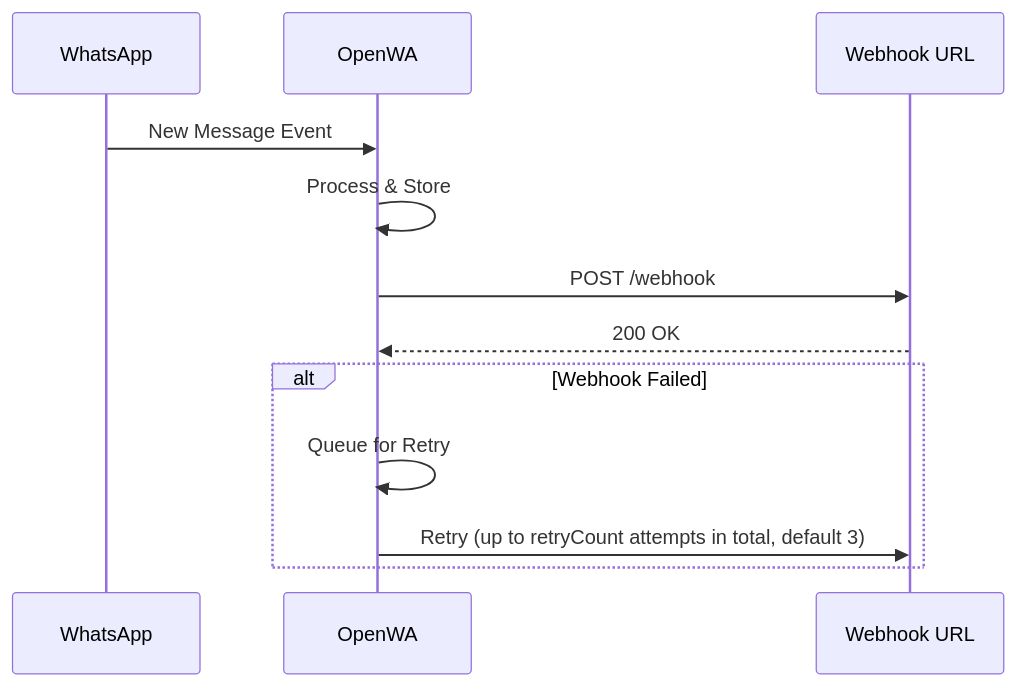
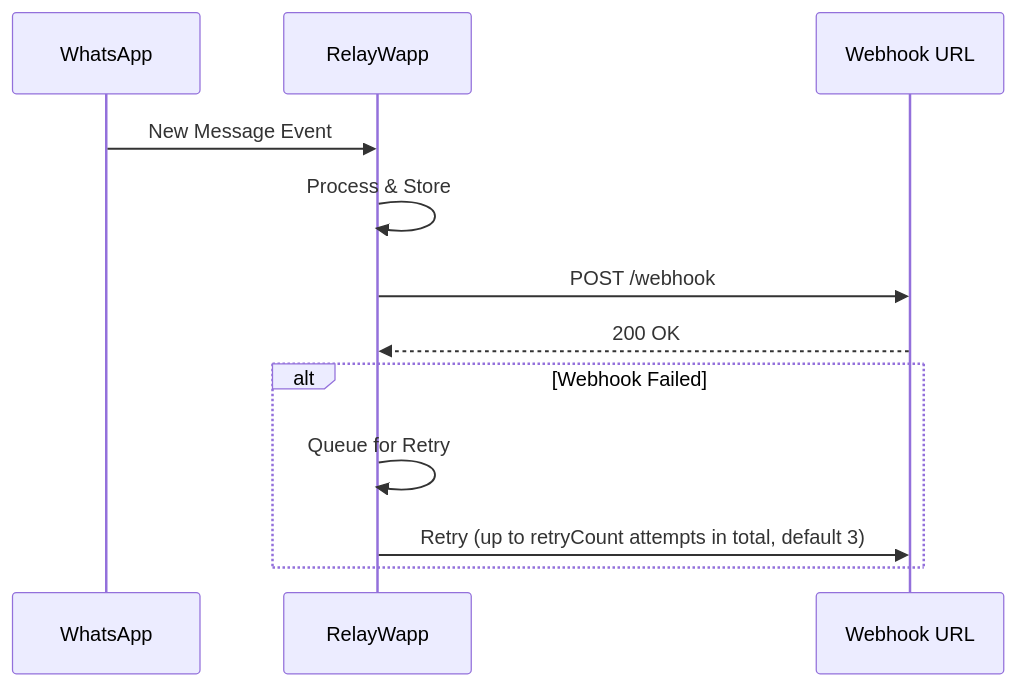
Before and after one commit to FaisalKabirGalib/whitelabel-whatsapp-gateway: the third of 13 diagrams in docs/02-requirements-specification.md, drawn with Mermaid. The commit also changed other lines of this file and 51 other files, not shown here.

Commit message:
docs: rebrand documentation for RelayWapp

````diff
--- a/docs/02-requirements-specification.md
+++ b/docs/02-requirements-specification.md
@@ -82,16 +82,16 @@
 ```mermaid
 sequenceDiagram
     participant WA as WhatsApp
-    participant OW as OpenWA
+    participant OW as RelayWapp
     participant WH as Webhook URL
 
     WA->>OW: New Message Event
     OW->>OW: Process & Store
     OW->>WH: POST /webhook
     WH-->>OW: 200 OK
 
     alt Webhook Failed
         OW->>OW: Queue for Retry
         OW->>WH: Retry (up to retryCount attempts in total, default 3)
     end
 ```
````
